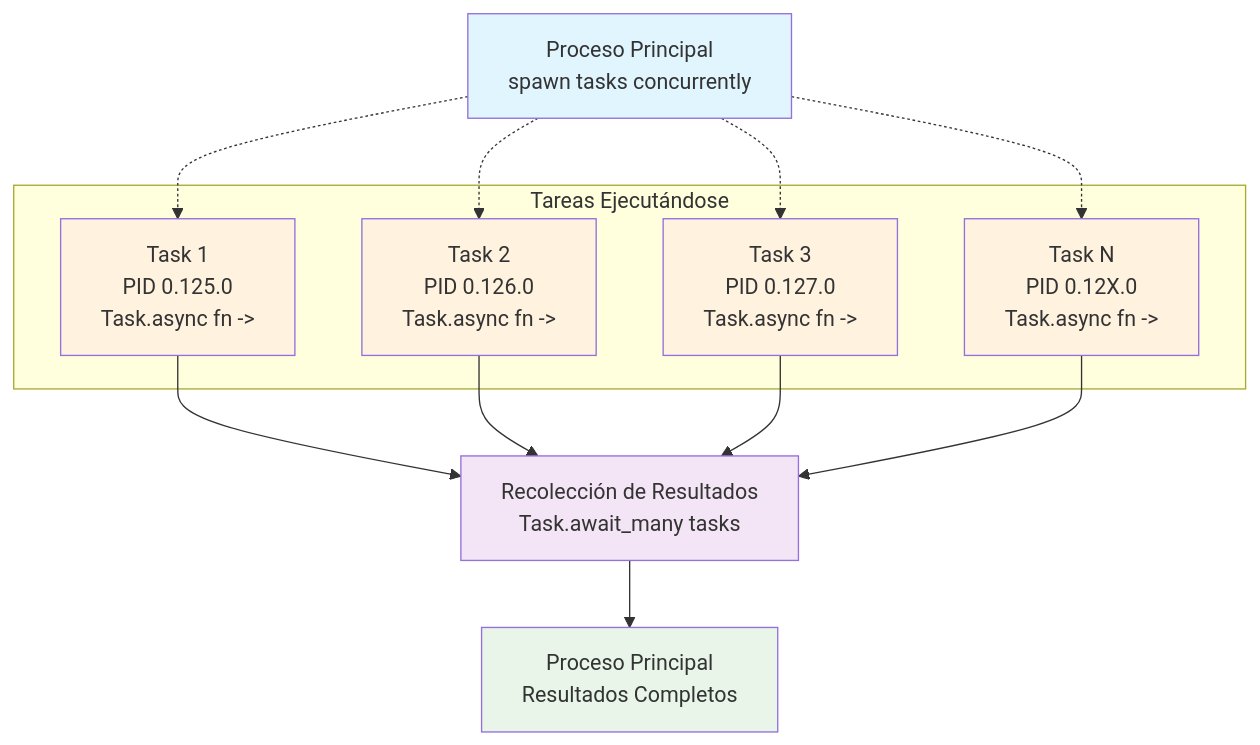
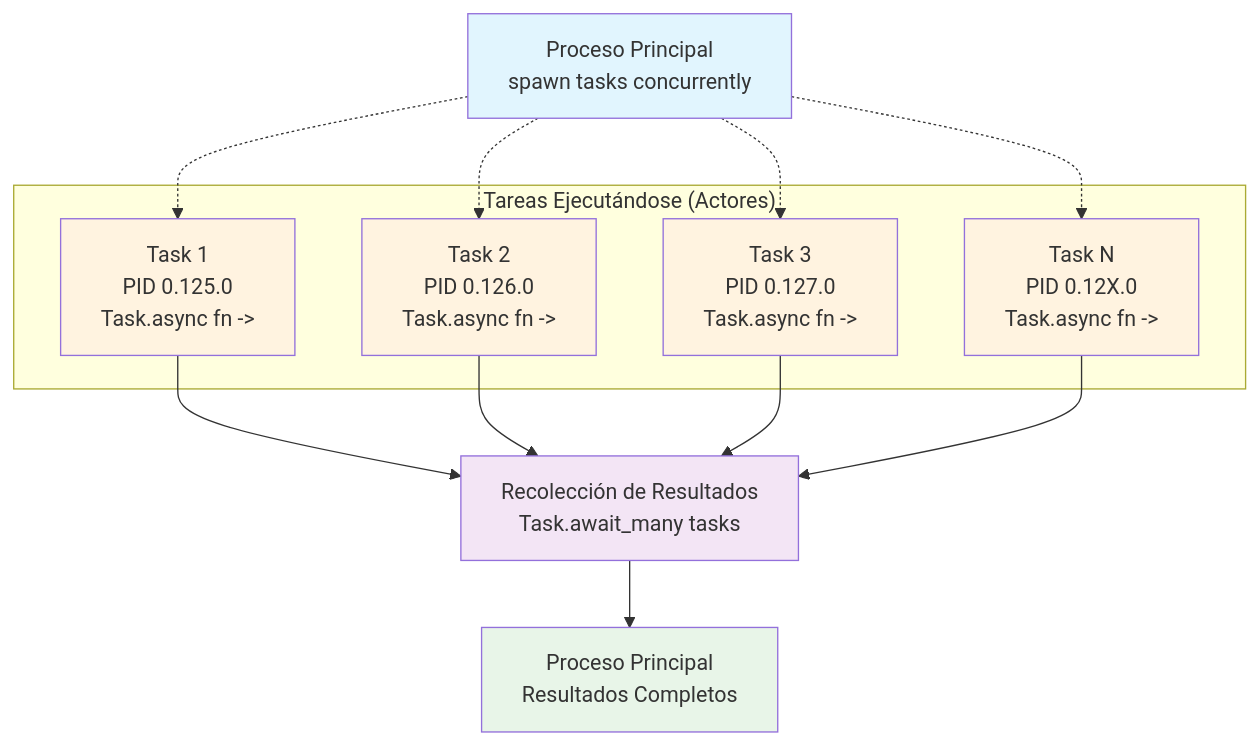
Before and after one commit to caflorezvi/guias-programacion3: the second of 2 diagrams in docs/11.procesos.md, drawn with Mermaid. The commit also changed other lines of this file and 13 other files, not shown here.

```diff
--- a/docs/11.procesos.md
+++ b/docs/11.procesos.md
@@ -336,35 +379,35 @@
 <div class="mermaid" style="text-align: center;">
 graph TD
     M[Proceso Principal<br/>spawn tasks concurrently]
     
-    subgraph Tasks["Tareas Ejecutándose"]
+    subgraph Tasks["Tareas Ejecutándose (Actores)"]
         T1[Task 1<br/>PID 0.125.0<br/>Task.async fn ->]
         T2[Task 2<br/>PID 0.126.0<br/>Task.async fn ->]
         T3[Task 3<br/>PID 0.127.0<br/>Task.async fn ->]
         Tn[Task N<br/>PID 0.12X.0<br/>Task.async fn ->]
     end
     
     R[Recolección de Resultados<br/>Task.await_many tasks]
     
     Final[Proceso Principal<br/>Resultados Completos]
     
     M -.-> T1
     M -.-> T2
     M -.-> T3
     M -.-> Tn
     
     T1 --> R
     T2 --> R
     T3 --> R
     Tn --> R
     
     R --> Final
     
     style M fill:#e1f5fe
     style T1 fill:#fff3e0
     style T2 fill:#fff3e0
     style T3 fill:#fff3e0
     style Tn fill:#fff3e0
     style R fill:#f3e5f5
     style Final fill:#e8f5e8
 </div>
```
